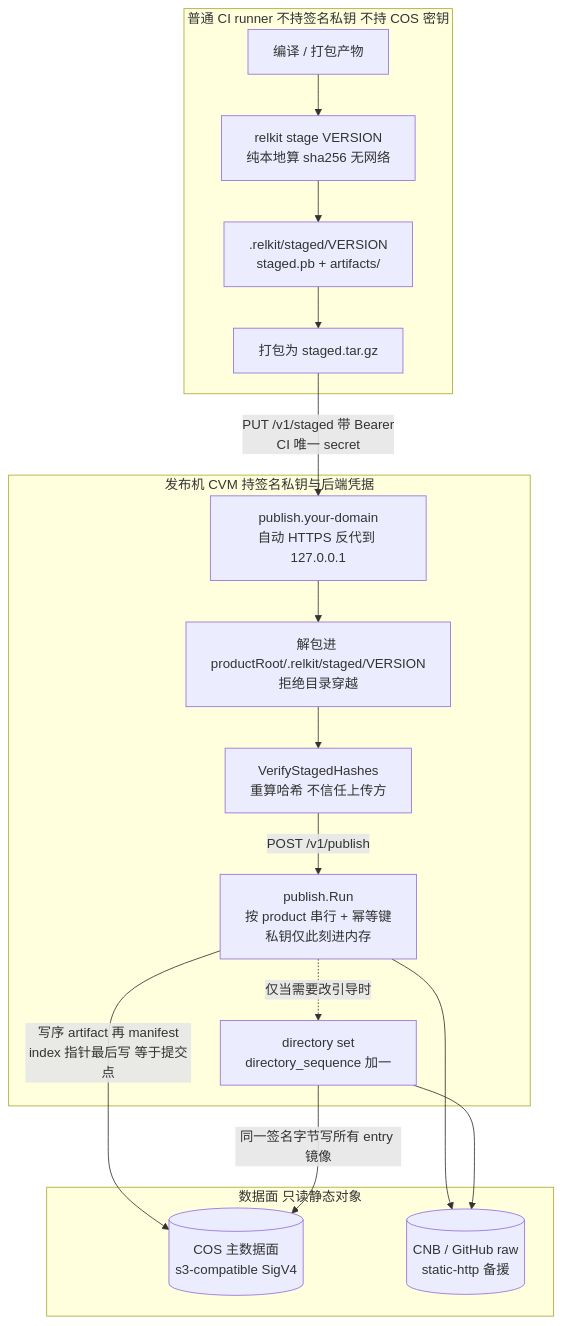
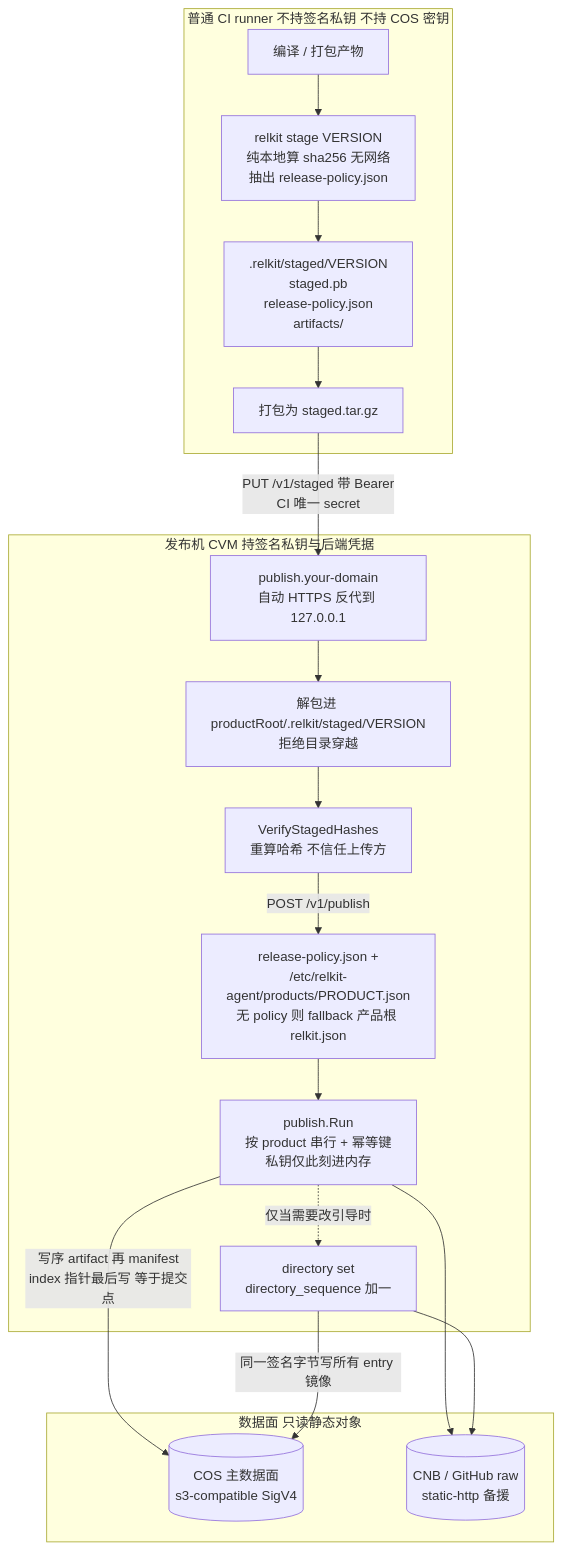
One commit to shichao402/relkit changed the first of 2 diagrams in docs/design/update-ingress-cos.md. Above: the diagram before and after it, drawn with Mermaid. The commit also changed other lines of this file and 14 other files, not shown here.

First line of the commit message:
feat(agent): split portable release policy from publish profile

````diff
--- a/docs/design/update-ingress-cos.md
+++ b/docs/design/update-ingress-cos.md
@@ -79,32 +79,33 @@
 ```mermaid
 flowchart TB
   subgraph ciSide [普通 CI runner 不持签名私钥 不持 COS 密钥]
     build["编译 / 打包产物"]
-    stageStep["relkit stage VERSION<br/>纯本地算 sha256 无网络"]
-    stagedDir[".relkit/staged/VERSION<br/>staged.pb + artifacts/"]
+    stageStep["relkit stage VERSION<br/>纯本地算 sha256 无网络<br/>抽出 release-policy.json"]
+    stagedDir[".relkit/staged/VERSION<br/>staged.pb<br/>release-policy.json<br/>artifacts/"]
     packStep["打包为 staged.tar.gz"]
   end
 
   subgraph agentSide [发布机 CVM 持签名私钥与后端凭据]
     ingress["publish.your-domain<br/>自动 HTTPS 反代到 127.0.0.1"]
     unpackStep["解包进 productRoot/.relkit/staged/VERSION<br/>拒绝目录穿越"]
     verifyStep["VerifyStagedHashes<br/>重算哈希 不信任上传方"]
+    mergeStep["release-policy.json +<br/>/etc/relkit-agent/products/PRODUCT.json<br/>无 policy 则 fallback 产品根 relkit.json"]
     publishStep["publish.Run<br/>按 product 串行 + 幂等键<br/>私钥仅此刻进内存"]
     directoryStep["directory set<br/>directory_sequence 加一"]
   end
 
   subgraph dataPlane [数据面 只读静态对象]
     cosBucket[("COS 主数据面<br/>s3-compatible SigV4")]
     mirrorRepo[("CNB / GitHub raw<br/>static-http 备援")]
   end
 
   build --> stageStep --> stagedDir --> packStep
   packStep -->|"PUT /v1/staged 带 Bearer<br/>CI 唯一 secret"| ingress
   ingress --> unpackStep --> verifyStep
-  verifyStep -->|"POST /v1/publish"| publishStep
+  verifyStep -->|"POST /v1/publish"| mergeStep --> publishStep
   publishStep -->|"写序 artifact 再 manifest<br/>index 指针最后写 等于提交点"| cosBucket
   publishStep --> mirrorRepo
   publishStep -.->|"仅当需要改引导时"| directoryStep
   directoryStep -->|"同一签名字节写所有 entry 镜像"| cosBucket
   directoryStep --> mirrorRepo
 ```
````
